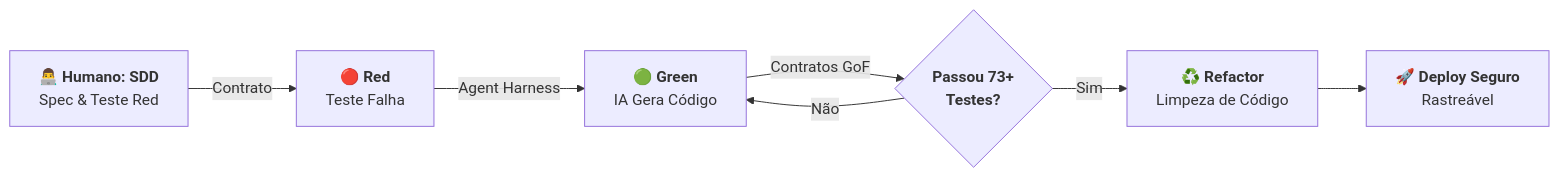
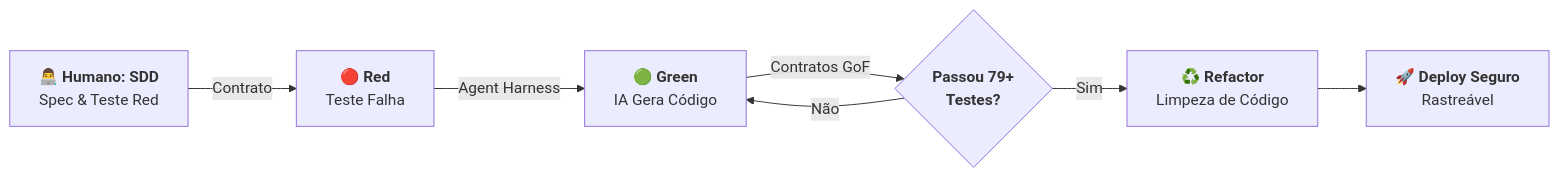
One commit to andresouza72br-sketch/SHM---Support-Hours-Manage changed the second of 2 diagrams in Manifesto/manifesto.md. Above: the diagram before and after it, drawn with Mermaid. The commit also changed other lines of this file and 2 other files, not shown here.

````diff
--- a/Manifesto/manifesto.md
+++ b/Manifesto/manifesto.md
@@ -98,9 +98,9 @@
 ```mermaid
 flowchart LR
     A["👨‍💻 <b>Humano: SDD</b><br>Spec & Teste Red"] -->|Contrato| B["🔴 <b>Red</b><br>Teste Falha"]
     B -->|Agent Harness| C["🟢 <b>Green</b><br>IA Gera Código"]
-    C -->|Contratos GoF| D{"<b>Passou 73+<br>Testes?</b>"}
+    C -->|Contratos GoF| D{"<b>Passou 79+<br>Testes?</b>"}
     D -- "Não" --> C
     D -- "Sim" --> E["♻️ <b>Refactor</b><br>Limpeza de Código"]
     E --> F["🚀 <b>Deploy Seguro</b><br>Rastreável"]
 ```
````
